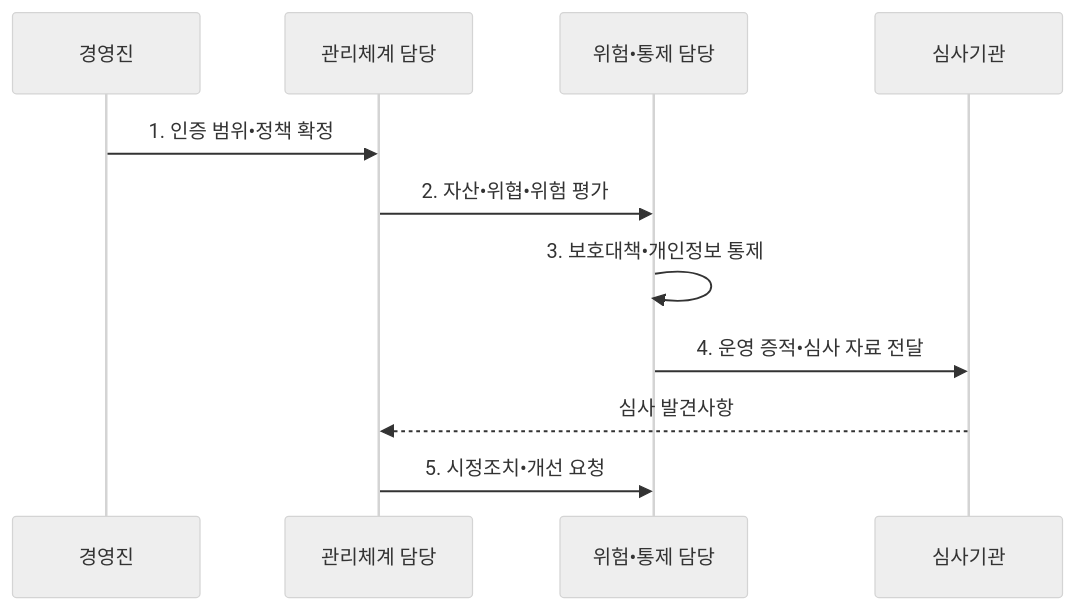
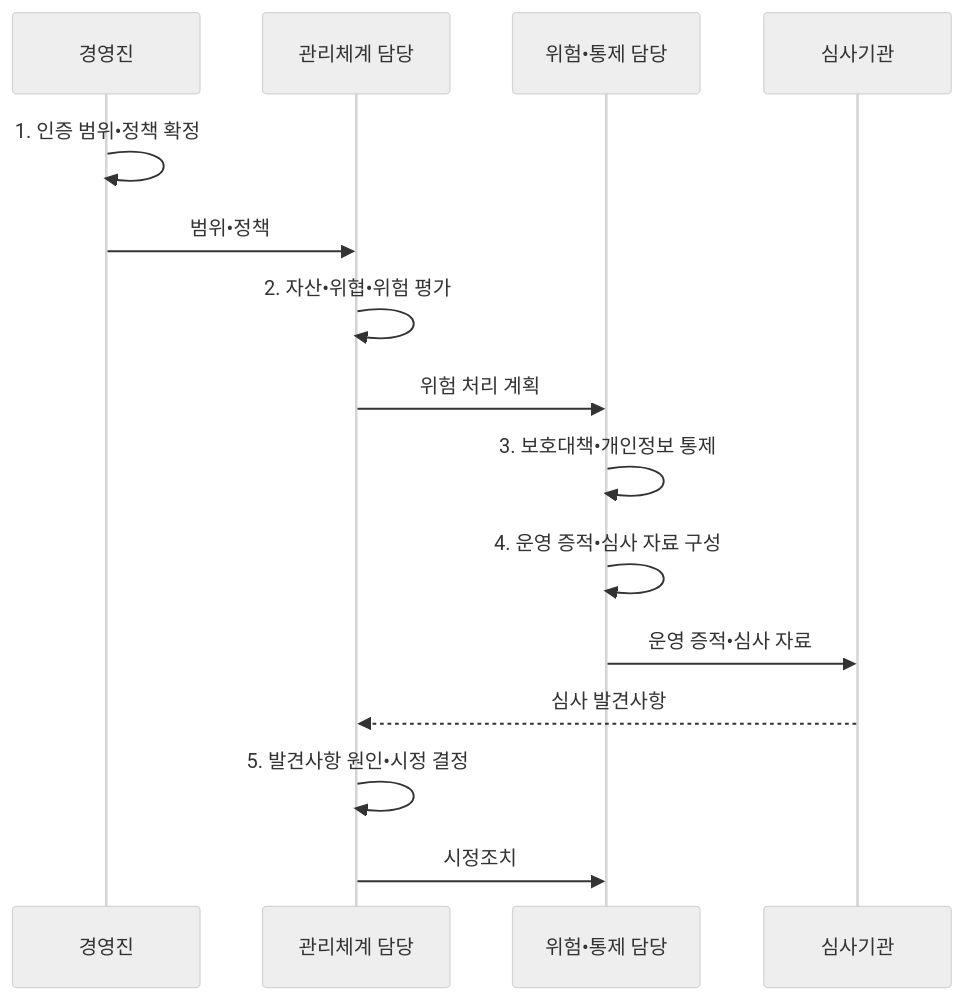
One commit to agnusdei1207/knowledge-base changed the second of 2 diagrams in src/content/docs/notes/05-security/103_isms_p.md. Above: the diagram before and after it, drawn with Mermaid (neutral theme). The commit also changed other lines of this file and 20 other files, not shown here.

````diff
--- a/src/content/docs/notes/05-security/103_isms_p.md
+++ b/src/content/docs/notes/05-security/103_isms_p.md
@@ -103,13 +103,17 @@
 ```mermaid
 sequenceDiagram
   participant O as 경영진
   participant M as 관리체계 담당
   participant C as 위험•통제 담당
   participant A as 심사기관
-  O->>M: 1. 인증 범위•정책 확정
-  M->>C: 2. 자산•위협•위험 평가
+  O->>O: 1. 인증 범위•정책 확정
+  O->>M: 범위•정책
+  M->>M: 2. 자산•위협•위험 평가
+  M->>C: 위험 처리 계획
   C->>C: 3. 보호대책•개인정보 통제
-  C->>A: 4. 운영 증적•심사 자료 전달
+  C->>C: 4. 운영 증적•심사 자료 구성
+  C->>A: 운영 증적•심사 자료
   A-->>M: 심사 발견사항
-  M->>C: 5. 시정조치•개선 요청
+  M->>M: 5. 발견사항 원인•시정 결정
+  M->>C: 시정조치
 ```
````
